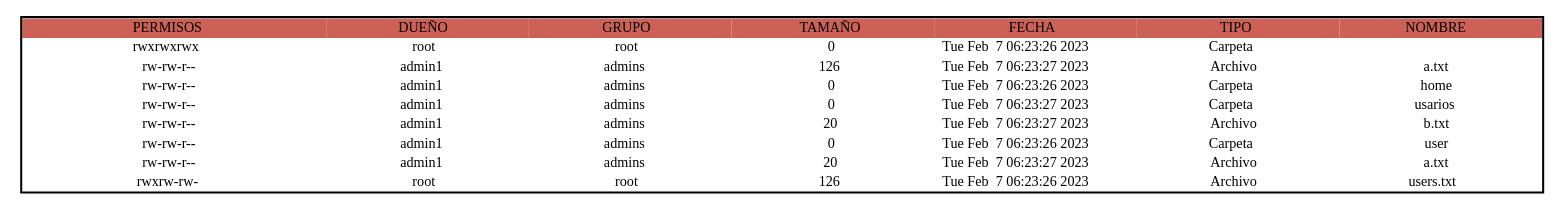
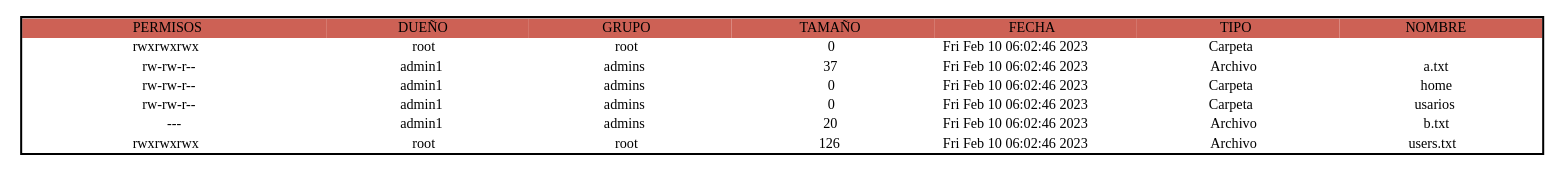
One commit to JJONK19/-MIA-P1_201909035 changed the diagram in grafo.dot. Above: the diagram before and after it, drawn with Graphviz. The commit also changed 19 other files, not shown here.

```diff
--- a/grafo.dot
+++ b/grafo.dot
@@ -1,9 +1,7 @@
-digraph mbr {node [shape=plaintext] struct1 [label= <<TABLE BORDER='2' CELLBORDER='0' CELLSPACING='0'><TR><TD BGCOLOR='#cd6155' WIDTH='300'>PERMISOS</TD><TD WIDTH='200' BGCOLOR='#cd6155'>DUEÑO</TD><TD WIDTH='200' BGCOLOR='#cd6155'>GRUPO</TD><TD WIDTH='200' BGCOLOR='#cd6155'>TAMAÑO</TD><TD WIDTH='200' BGCOLOR='#cd6155'>FECHA</TD><TD WIDTH='200' BGCOLOR='#cd6155'>TIPO</TD><TD WIDTH='200' BGCOLOR='#cd6155'>NOMBRE</TD></TR><TR><TD WIDTH='100'>rwxrwxrwx</TD><TD WIDTH='100'>root</TD><TD WIDTH='100'>root</TD><TD WIDTH='100'>0</TD><TD WIDTH='100'>Tue Feb  7 06:23:26 2023
-</TD><TD WIDTH='100'>Carpeta</TD><TD WIDTH='100'></TD></TR><TR><TD WIDTH='100'>rw-rw-r--</TD><TD WIDTH='100'>admin1</TD><TD WIDTH='100'>admins</TD><TD WIDTH='100'>126</TD><TD WIDTH='100'>Tue Feb  7 06:23:27 2023
-</TD><TD WIDTH='100'>Archivo</TD><TD WIDTH='100'>a.txt</TD></TR><TR><TD WIDTH='100'>rw-rw-r--</TD><TD WIDTH='100'>admin1</TD><TD WIDTH='100'>admins</TD><TD WIDTH='100'>0</TD><TD WIDTH='100'>Tue Feb  7 06:23:26 2023
-</TD><TD WIDTH='100'>Carpeta</TD><TD WIDTH='100'>home</TD></TR><TR><TD WIDTH='100'>rw-rw-r--</TD><TD WIDTH='100'>admin1</TD><TD WIDTH='100'>admins</TD><TD WIDTH='100'>0</TD><TD WIDTH='100'>Tue Feb  7 06:23:27 2023
-</TD><TD WIDTH='100'>Carpeta</TD><TD WIDTH='100'>usarios</TD></TR><TR><TD WIDTH='100'>rw-rw-r--</TD><TD WIDTH='100'>admin1</TD><TD WIDTH='100'>admins</TD><TD WIDTH='100'>20</TD><TD WIDTH='100'>Tue Feb  7 06:23:27 2023
-</TD><TD WIDTH='100'>Archivo</TD><TD WIDTH='100'>b.txt</TD></TR><TR><TD WIDTH='100'>rw-rw-r--</TD><TD WIDTH='100'>admin1</TD><TD WIDTH='100'>admins</TD><TD WIDTH='100'>0</TD><TD WIDTH='100'>Tue Feb  7 06:23:26 2023
-</TD><TD WIDTH='100'>Carpeta</TD><TD WIDTH='100'>user</TD></TR><TR><TD WIDTH='100'>rw-rw-r--</TD><TD WIDTH='100'>admin1</TD><TD WIDTH='100'>admins</TD><TD WIDTH='100'>20</TD><TD WIDTH='100'>Tue Feb  7 06:23:27 2023
-</TD><TD WIDTH='100'>Archivo</TD><TD WIDTH='100'>a.txt</TD></TR><TR><TD WIDTH='100'>rwxrw-rw-</TD><TD WIDTH='100'>root</TD><TD WIDTH='100'>root</TD><TD WIDTH='100'>126</TD><TD WIDTH='100'>Tue Feb  7 06:23:26 2023
+digraph mbr {node [shape=plaintext] struct1 [label= <<TABLE BORDER='2' CELLBORDER='0' CELLSPACING='0'><TR><TD BGCOLOR='#cd6155' WIDTH='300'>PERMISOS</TD><TD WIDTH='200' BGCOLOR='#cd6155'>DUEÑO</TD><TD WIDTH='200' BGCOLOR='#cd6155'>GRUPO</TD><TD WIDTH='200' BGCOLOR='#cd6155'>TAMAÑO</TD><TD WIDTH='200' BGCOLOR='#cd6155'>FECHA</TD><TD WIDTH='200' BGCOLOR='#cd6155'>TIPO</TD><TD WIDTH='200' BGCOLOR='#cd6155'>NOMBRE</TD></TR><TR><TD WIDTH='100'>rwxrwxrwx</TD><TD WIDTH='100'>root</TD><TD WIDTH='100'>root</TD><TD WIDTH='100'>0</TD><TD WIDTH='100'>Fri Feb 10 06:02:46 2023
+</TD><TD WIDTH='100'>Carpeta</TD><TD WIDTH='100'></TD></TR><TR><TD WIDTH='100'>rw-rw-r--</TD><TD WIDTH='100'>admin1</TD><TD WIDTH='100'>admins</TD><TD WIDTH='100'>37</TD><TD WIDTH='100'>Fri Feb 10 06:02:46 2023
+</TD><TD WIDTH='100'>Archivo</TD><TD WIDTH='100'>a.txt</TD></TR><TR><TD WIDTH='100'>rw-rw-r--</TD><TD WIDTH='100'>admin1</TD><TD WIDTH='100'>admins</TD><TD WIDTH='100'>0</TD><TD WIDTH='100'>Fri Feb 10 06:02:46 2023
+</TD><TD WIDTH='100'>Carpeta</TD><TD WIDTH='100'>home</TD></TR><TR><TD WIDTH='100'>rw-rw-r--</TD><TD WIDTH='100'>admin1</TD><TD WIDTH='100'>admins</TD><TD WIDTH='100'>0</TD><TD WIDTH='100'>Fri Feb 10 06:02:46 2023
+</TD><TD WIDTH='100'>Carpeta</TD><TD WIDTH='100'>usarios</TD></TR><TR><TD WIDTH='100'>---</TD><TD WIDTH='100'>admin1</TD><TD WIDTH='100'>admins</TD><TD WIDTH='100'>20</TD><TD WIDTH='100'>Fri Feb 10 06:02:46 2023
+</TD><TD WIDTH='100'>Archivo</TD><TD WIDTH='100'>b.txt</TD></TR><TR><TD WIDTH='100'>rwxrwxrwx</TD><TD WIDTH='100'>root</TD><TD WIDTH='100'>root</TD><TD WIDTH='100'>126</TD><TD WIDTH='100'>Fri Feb 10 06:02:46 2023
 </TD><TD WIDTH='100'>Archivo</TD><TD WIDTH='100'>users.txt</TD></TR></TABLE>>];}
```
